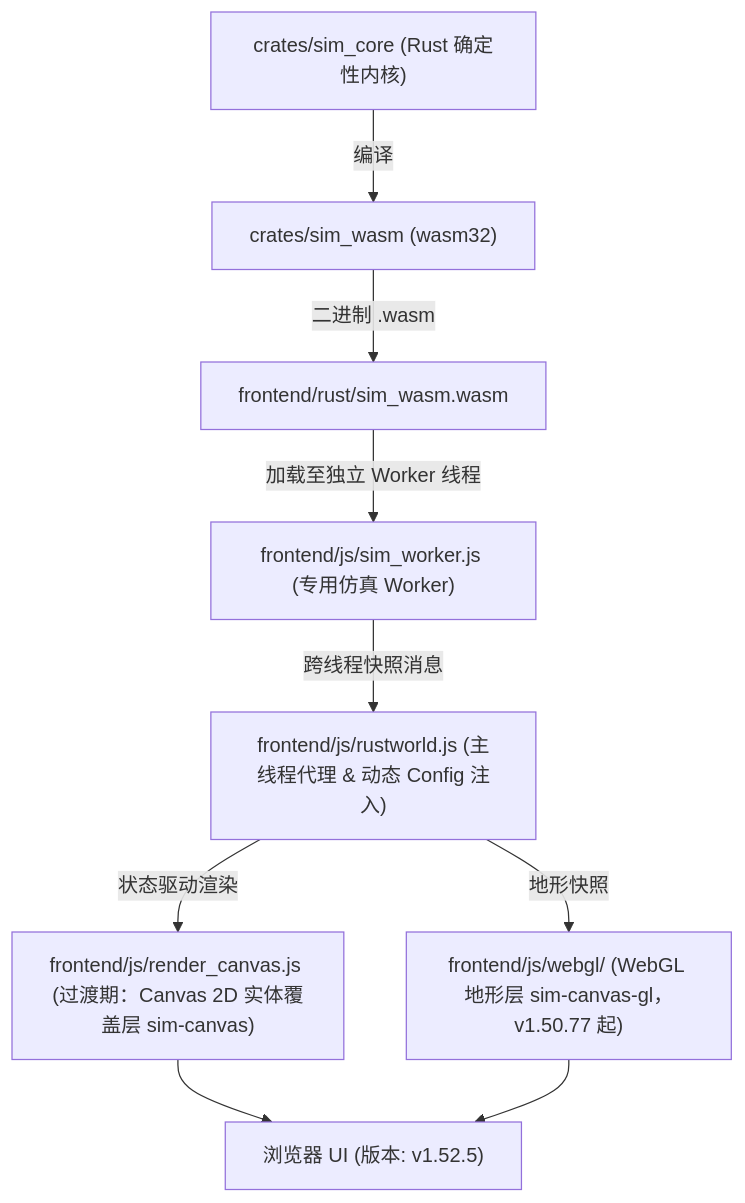
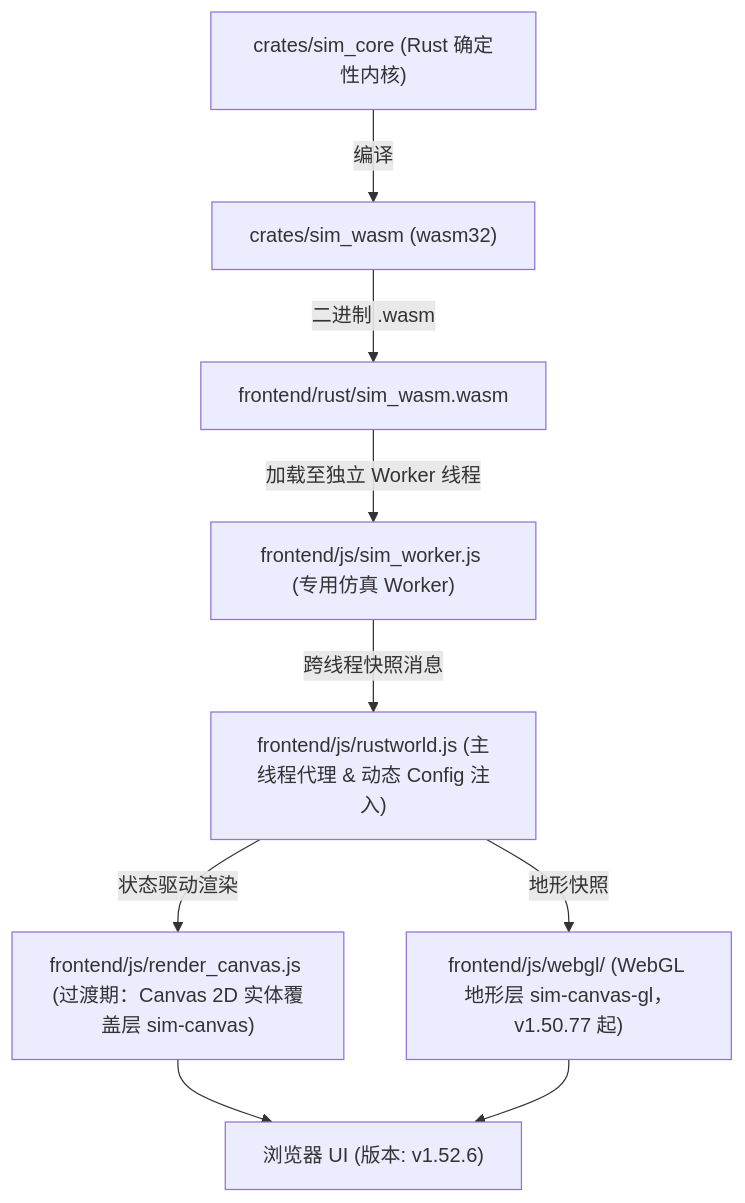
One commit to g39088902/FlowAndAccord changed the diagram in AGENTS.md. Above: the diagram before and after it, drawn with Mermaid. The commit also changed other lines of this file and 20 other files, not shown here.

````diff
--- a/AGENTS.md
+++ b/AGENTS.md
@@ -62,12 +62,12 @@
 ```mermaid
 graph TD
     A["crates/sim_core (Rust 确定性内核)"] -->|编译| B["crates/sim_wasm (wasm32)"]
     B -->|二进制 .wasm| C["frontend/rust/sim_wasm.wasm"]
     C -->|加载至独立 Worker 线程| D["frontend/js/sim_worker.js (专用仿真 Worker)"]
     D -->|跨线程快照消息| E["frontend/js/rustworld.js (主线程代理 & 动态 Config 注入)"]
     E -->|状态驱动渲染| F["frontend/js/render_canvas.js (过渡期：Canvas 2D 实体覆盖层 sim-canvas)"]
     E -->|地形快照| F2["frontend/js/webgl/ (WebGL 地形层 sim-canvas-gl，v1.50.77 起)"]
-    F --> G["浏览器 UI (版本: v1.52.5)"]
+    F --> G["浏览器 UI (版本: v1.52.6)"]
     F2 --> G
 
 ```
````
